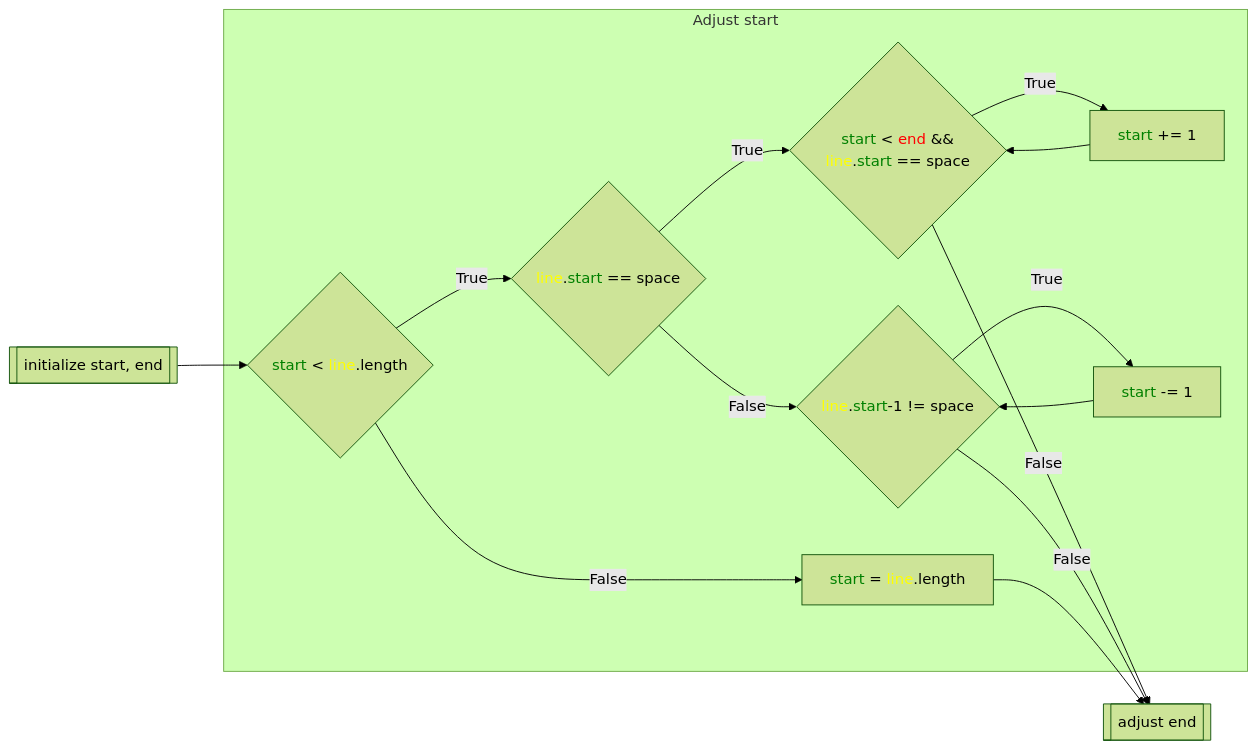
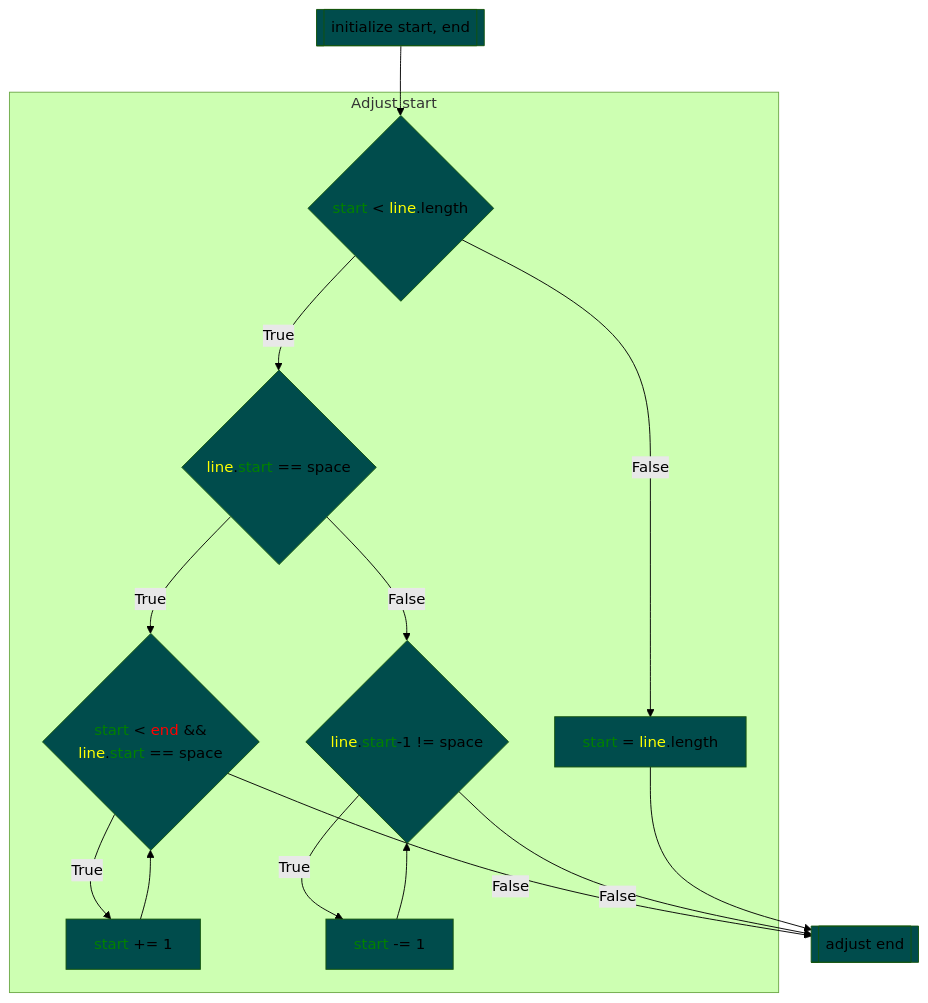
Before and after one commit to 7s4e/p3: the ninth of 20 diagrams in scripts/table/design.md, drawn with Mermaid (forest theme). The commit also changed other lines of this file, not shown here.

````diff
--- a/scripts/table/design.md
+++ b/scripts/table/design.md
@@ -261,33 +258,34 @@
 ```mermaid
-flowchart LR
-    INT[[initialize start, end]]
+flowchart
+    classDef fill fill:#004c4c
+    INT[[initialize start, end]]:::fill
         INT --> SIL
     subgraph start [Adjust start]
         SIL{"<span style='color:green;'>start</span> < <span style=
-                 'color:yellow;'>line</span>.length"}
+                 'color:yellow;'>line</span>.length"}:::fill
             SIL -- True --> SIS
             SIL -- False --> SLL
         SIS{"<span style='color:yellow;'>line</span>.<span style=
-                 'color:green;'>start</span> == space"}
+                 'color:green;'>start</span> == space"}:::fill
             SIS -- True --> WIS
             SIS -- False --> WNS
         WIS{"<span style='color:green;'>start</span> < <span style=
                  'color:red;'>end</span> &&
              <span style='color:yellow;'>line</span>.<span style=
-                 'color:green;'>start</span> == space"}
+                 'color:green;'>start</span> == space"}:::fill
             WIS -- True --> MSR
             MSR         --> WIS
         WNS{"<span style='color:yellow;'>line</span>.<span style=
-                 'color:green;'>start</span>-1 != space"}
+                 'color:green;'>start</span>-1 != space"}:::fill
             WNS -- True --> MSL
             MSL         --> WNS
-        MSR["<span style='color:green;'>start</span> += 1"]
-        MSL["<span style='color:green;'>start</span> -= 1"]
+        MSR["<span style='color:green;'>start</span> += 1"]:::fill
+        MSL["<span style='color:green;'>start</span> -= 1"]:::fill
         SLL["<span style='color:green;'>start</span> = <span style=
-                 'color:yellow;'>line</span>.length"]
+                 'color:yellow;'>line</span>.length"]:::fill
     end
-    AJE[[adjust end]]
+    AJE[[adjust end]]:::fill
             WIS -- False --> AJE
             WNS -- False --> AJE
             SLL          --> AJE
 ```
````
